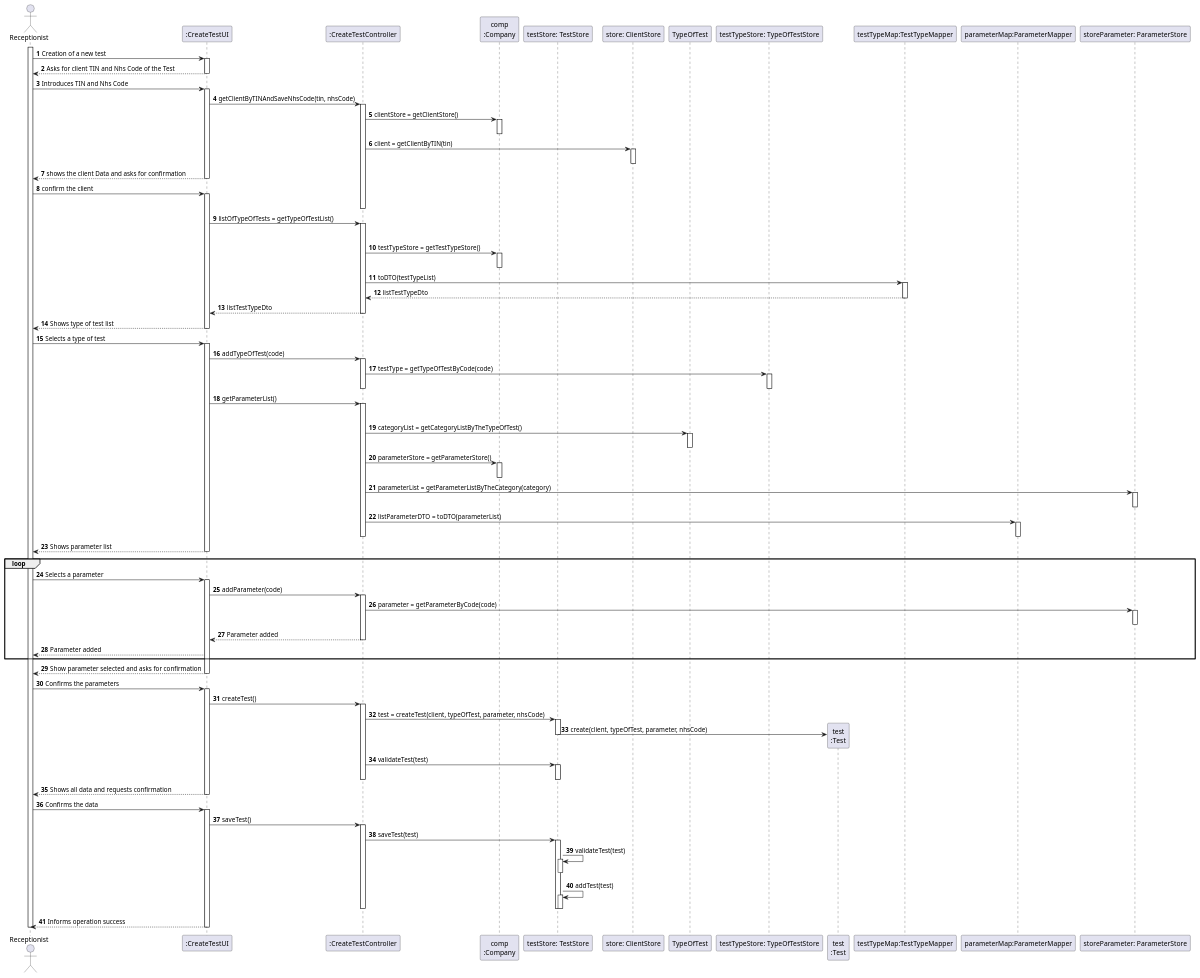
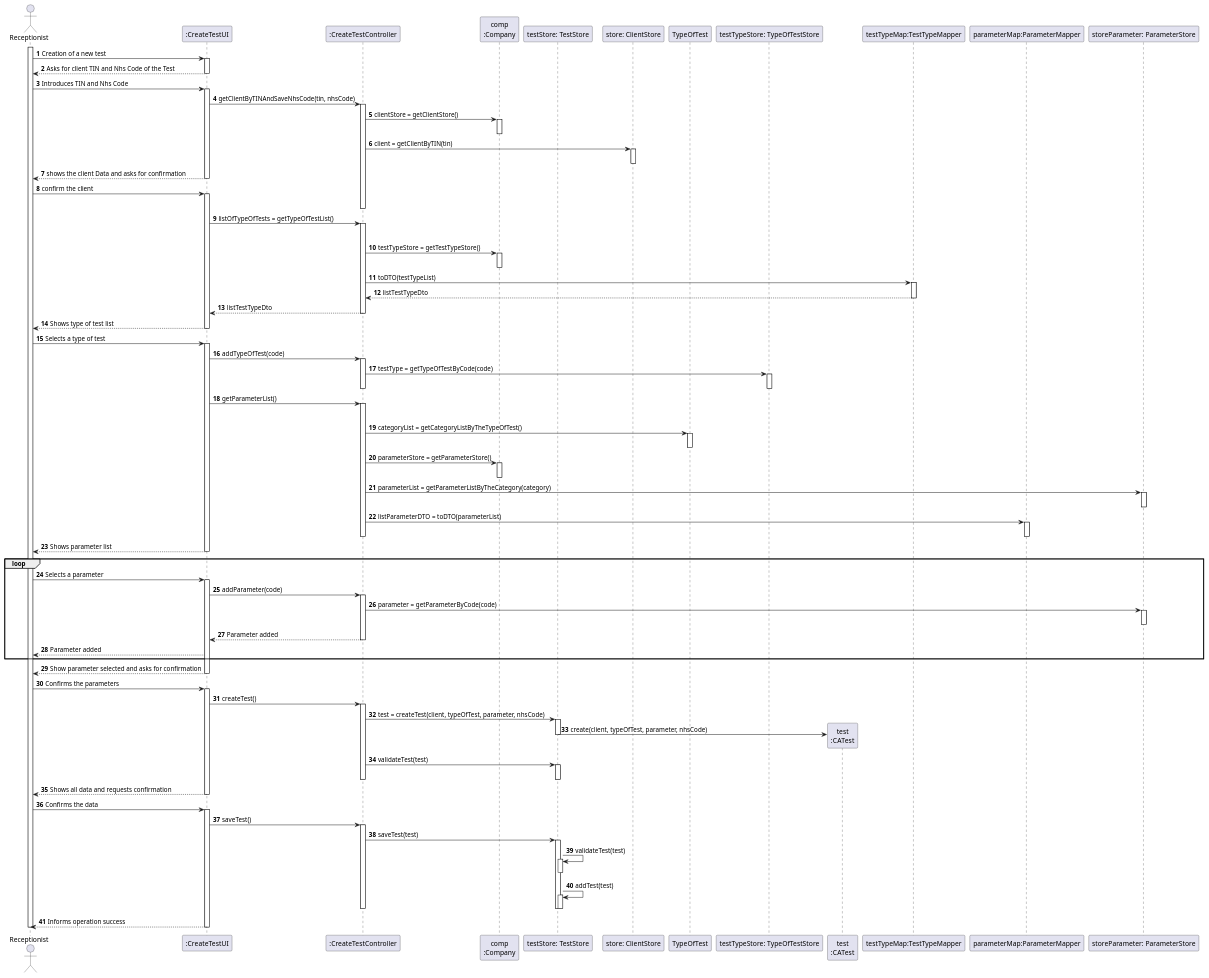
Before and after one commit to GuilhermeCunha79/lapr2: the diagram in docs/SprintC/US4/UC4_SD.puml, drawn with PlantUML. The commit also changed 9 other files, not shown here.

Commit message:
[US4]Update TestTest.java and update diagrams in US4

```diff
--- a/docs/SprintC/US4/UC4_SD.puml
+++ b/docs/SprintC/US4/UC4_SD.puml
@@ -15,7 +15,7 @@
 
 participant "testTypeStore: TypeOfTestStore" as TTSTORE
 
-participant "test\n:Test" as TEST
+participant "test\n:CATest" as TEST
 
 
 participant "testTypeMap:TestTypeMapper" as TMAPPER
```
